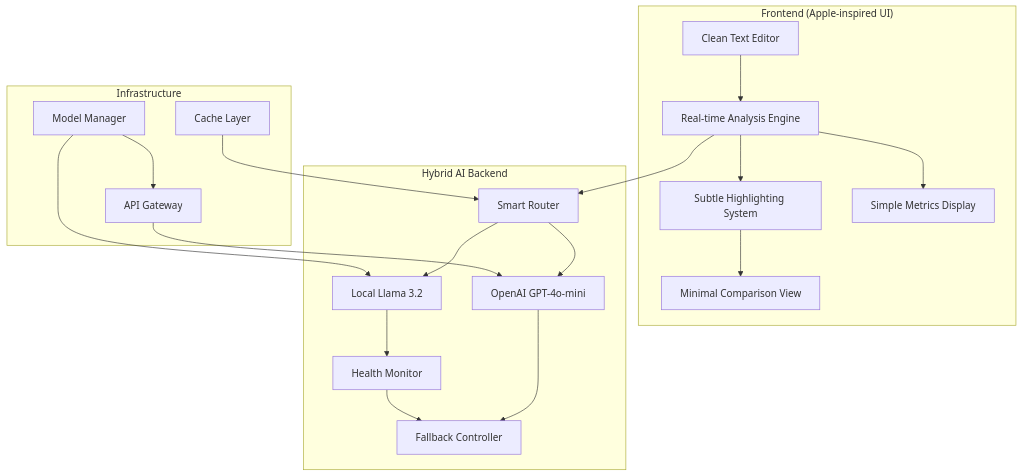
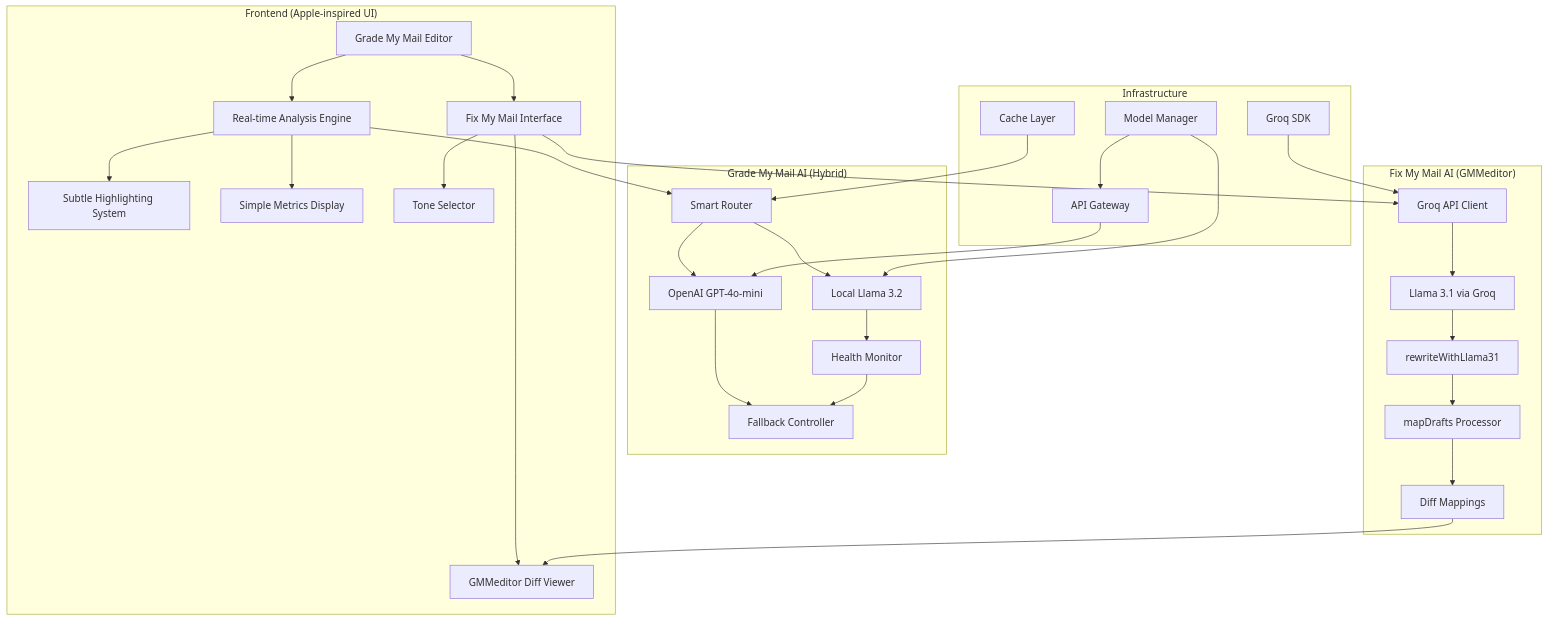
One commit to iklyn/GradeMyMail changed the diagram in .kiro/specs/newsletter-grading-system/design.md. Above: the diagram before and after it, drawn with Mermaid. The commit also changed other lines of this file and 55 other files, not shown here.

````diff
--- a/.kiro/specs/newsletter-grading-system/design.md
+++ b/.kiro/specs/newsletter-grading-system/design.md
@@ -20,26 +22,38 @@
 ```mermaid
 graph TB
     subgraph "Frontend (Apple-inspired UI)"
-        A[Clean Text Editor] --> B[Real-time Analysis Engine]
+        A[Grade My Mail Editor] --> B[Real-time Analysis Engine]
         B --> C[Subtle Highlighting System]
         B --> D[Simple Metrics Display]
-        C --> E[Minimal Comparison View]
+        A --> E[Fix My Mail Interface]
+        E --> F[Tone Selector]
+        E --> G[GMMeditor Diff Viewer]
     end
 
-    subgraph "Hybrid AI Backend"
-        F[Smart Router] --> G[Local Llama 3.2]
-        F --> H[OpenAI GPT-4o-mini]
-        G --> I[Health Monitor]
-        H --> J[Fallback Controller]
+    subgraph "Grade My Mail AI (Hybrid)"
+        H[Smart Router] --> I[Local Llama 3.2]
+        H --> J[OpenAI GPT-4o-mini]
+        I --> K[Health Monitor]
+        J --> L[Fallback Controller]
+    end
+
+    subgraph "Fix My Mail AI (GMMeditor)"
+        M[Groq API Client] --> N[Llama 3.1 via Groq]
+        N --> O[rewriteWithLlama31]
+        O --> P[mapDrafts Processor]
+        P --> Q[Diff Mappings]
     end
 
     subgraph "Infrastructure"
-        K[Model Manager] --> G
-        L[API Gateway] --> H
-        M[Cache Layer] --> F
+        R[Model Manager] --> I
+        S[API Gateway] --> J
+        T[Cache Layer] --> H
+        U[Groq SDK] --> M
     end
 
-    B --> F
-    I --> J
+    B --> H
+    E --> M
     K --> L
+    R --> S
+    Q --> G
 ```
````
